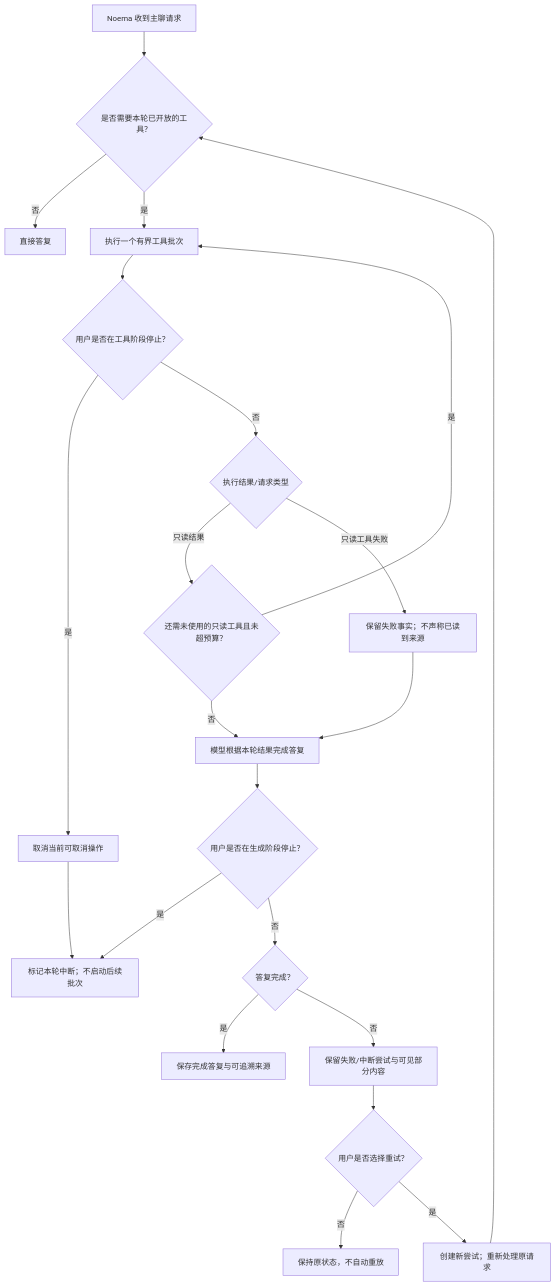
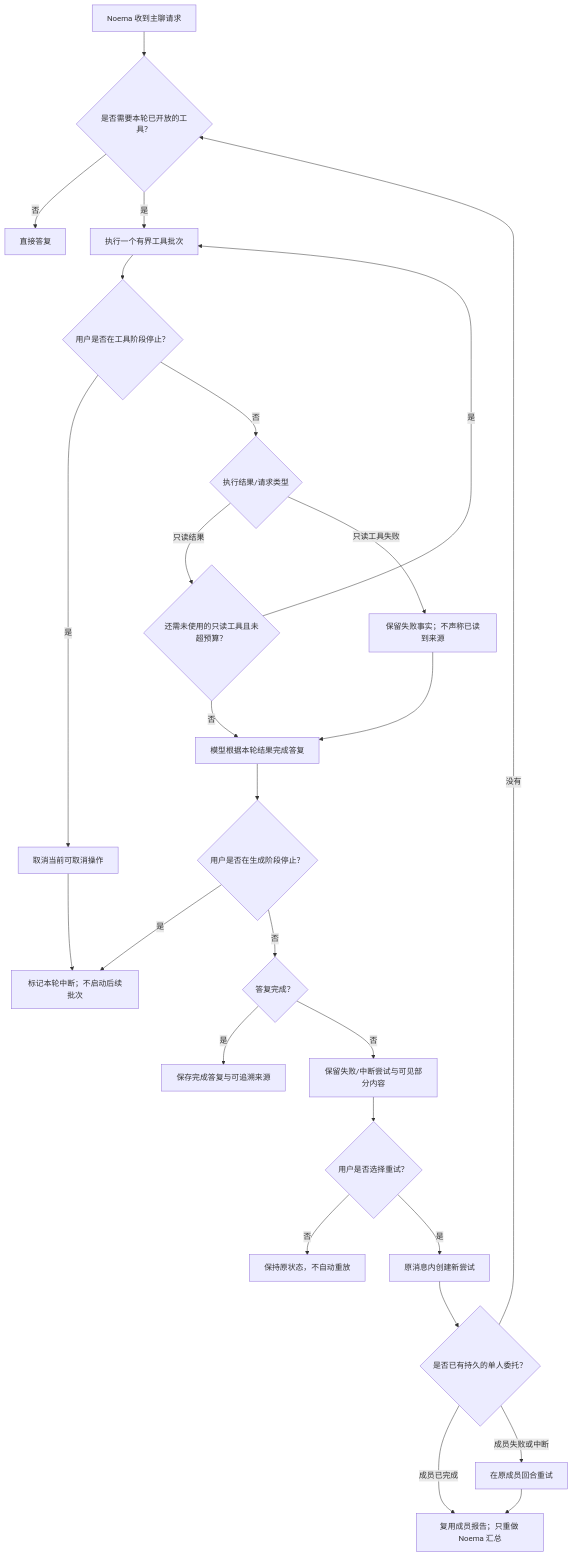
Before and after one commit to Noema-Harness/noema-agent: diagram 14 of 17 in docs/design/noema-core-flows.md, drawn with Mermaid. The commit also changed other lines of this file and 12 other files, not shown here.

````diff
--- a/docs/design/noema-core-flows.md
+++ b/docs/design/noema-core-flows.md
@@ -437,24 +437,28 @@
 ```mermaid
 flowchart TD
     ASK[Noema 收到主聊请求] --> TOOL{是否需要本轮已开放的工具？}
     TOOL -- 否 --> DIRECT[直接答复]
     TOOL -- 是 --> RUN[执行一个有界工具批次]
     RUN --> RUN_STOP{用户是否在工具阶段停止？}
     RUN_STOP -- 是 --> CANCEL[取消当前可取消操作]
     RUN_STOP -- 否 --> KIND{执行结果/请求类型}
     KIND -- 只读结果 --> MORE{还需未使用的只读工具且未超预算？}
     MORE -- 是 --> RUN
     MORE -- 否 --> FINAL[模型根据本轮结果完成答复]
     KIND -- 只读工具失败 --> DISCLOSE[保留失败事实；不声称已读到来源]
     DISCLOSE --> FINAL
     FINAL --> FINAL_STOP{用户是否在生成阶段停止？}
     FINAL_STOP -- 是 --> INTERRUPTED[标记本轮中断；不启动后续批次]
     FINAL_STOP -- 否 --> DONE{答复完成？}
     DONE -- 是 --> COMPLETE[保存完成答复与可追溯来源]
     DONE -- 否 --> FAILED[保留失败/中断尝试与可见部分内容]
     CANCEL --> INTERRUPTED[标记本轮中断；不启动后续批次]
     FAILED --> RETRY{用户是否选择重试？}
     RETRY -- 否 --> WAIT[保持原状态，不自动重放]
-    RETRY -- 是 --> NEW[创建新尝试；重新处理原请求]
-    NEW --> TOOL
+    RETRY -- 是 --> NEW[原消息内创建新尝试]
+    NEW --> HANDOFF{是否已有持久的单人委托？}
+    HANDOFF -- 成员已完成 --> REUSE[复用成员报告；只重做 Noema 汇总]
+    HANDOFF -- 成员失败或中断 --> RESUME[在原成员回合重试]
+    HANDOFF -- 没有 --> TOOL
+    RESUME --> REUSE
 ```
````
